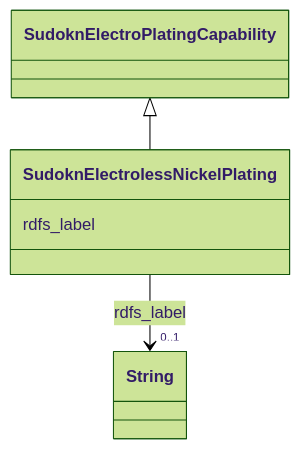
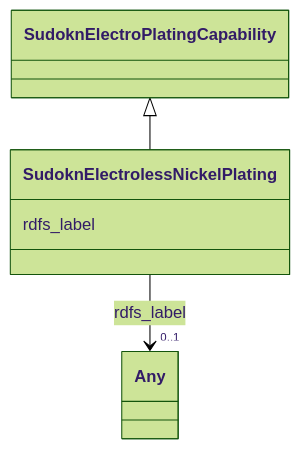
The diagram in sudokn-kg/classes/SudoknElectrolessNickelPlating.md (frink-okn/graph-descriptions), drawn with Mermaid (forest theme) before and after one commit. The commit also changed other lines of this file and 903 other files, not shown here.

````diff
--- a/sudokn-kg/classes/SudoknElectrolessNickelPlating.md
+++ b/sudokn-kg/classes/SudoknElectrolessNickelPlating.md
@@ -23,18 +16,18 @@
 ```mermaid
  classDiagram
     class SudoknElectrolessNickelPlating
     click SudoknElectrolessNickelPlating href "../SudoknElectrolessNickelPlating"
       SudoknElectroPlatingCapability <|-- SudoknElectrolessNickelPlating
         click SudoknElectroPlatingCapability href "../SudoknElectroPlatingCapability"
       
       SudoknElectrolessNickelPlating : rdfs_label
         
           
     
     
-    SudoknElectrolessNickelPlating --> "0..1" String : rdfs_label
-    click String href "../String"
+    SudoknElectrolessNickelPlating --> "0..1" Any : rdfs_label
+    click Any href "../Any"
 
         
       
 ```
````
